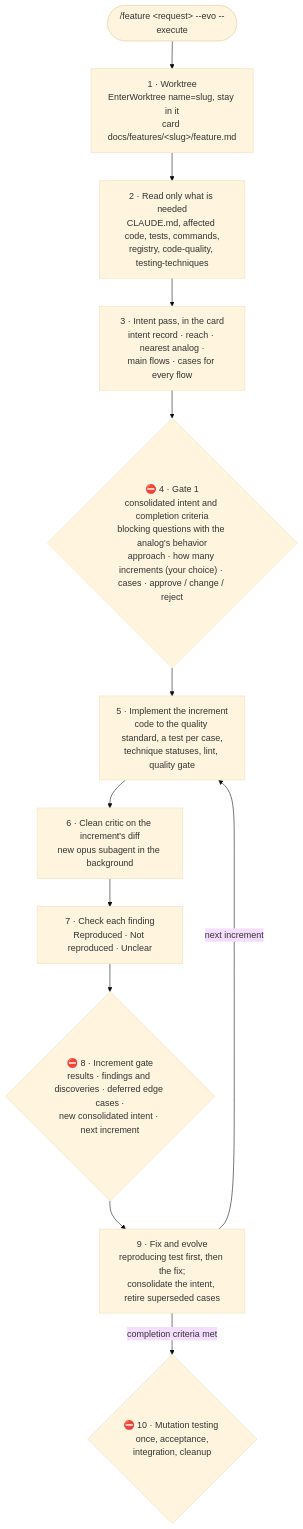
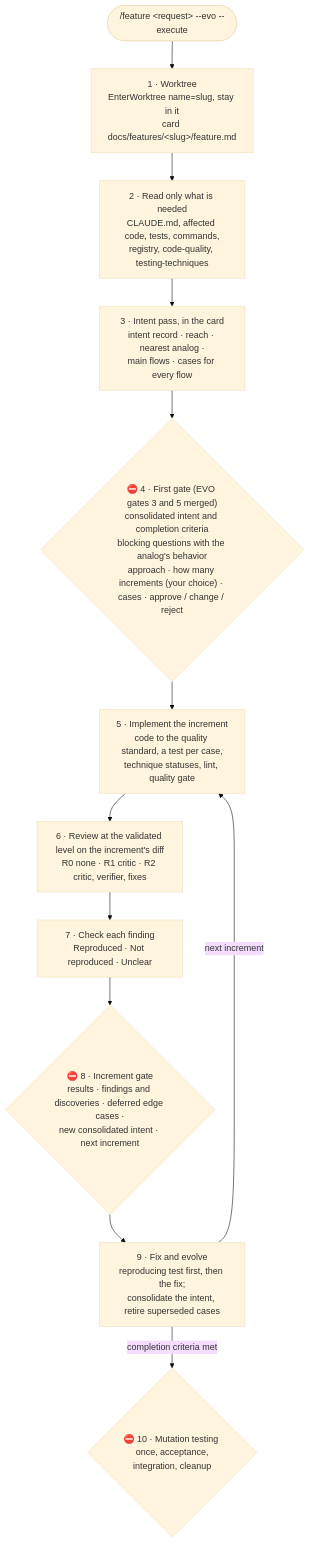
Before and after one commit to mariopedemonte12/claude-feature-workflow: the diagram in docs/executor.md, drawn with Mermaid (base theme). The commit also changed other lines of this file and 2 other files, not shown here.

Commit message:
revision-general: increment 3, README and docs aligned with skills

````diff
--- a/docs/executor.md
+++ b/docs/executor.md
@@ -24,14 +24,14 @@
 ```mermaid
 flowchart TB
     R(["/feature &lt;request&gt; --evo --execute"]) --> W["1 · Worktree<br/>EnterWorktree name=slug, stay in it<br/>card docs/features/&lt;slug&gt;/feature.md"]
     W --> RD["2 · Read only what is needed<br/>CLAUDE.md, affected code, tests, commands,<br/>registry, code-quality, testing-techniques"]
     RD --> SP["3 · Intent pass, in the card<br/>intent record · reach · nearest analog ·<br/>main flows · cases for every flow"]
-    SP --> G1{"⛔ 4 · Gate 1<br/>consolidated intent and completion criteria<br/>blocking questions with the analog's behavior<br/>approach · how many increments (your choice) · cases · approve / change / reject"}
+    SP --> G1{"⛔ 4 · First gate (EVO gates 3 and 5 merged)<br/>consolidated intent and completion criteria<br/>blocking questions with the analog's behavior<br/>approach · how many increments (your choice) · cases · approve / change / reject"}
     G1 --> IM["5 · Implement the increment<br/>code to the quality standard, a test per case,<br/>technique statuses, lint, quality gate"]
-    IM --> CR["6 · Clean critic on the increment's diff<br/>new opus subagent in the background"]
+    IM --> CR["6 · Review at the validated level on the increment's diff<br/>R0 none · R1 critic · R2 critic, verifier, fixes"]
     CR --> CK["7 · Check each finding<br/>Reproduced · Not reproduced · Unclear"]
     CK --> G2{"⛔ 8 · Increment gate<br/>results · findings and discoveries · deferred edge cases ·<br/>new consolidated intent · next increment"}
     G2 --> FX["9 · Fix and evolve<br/>reproducing test first, then the fix;<br/>consolidate the intent, retire superseded cases"]
     FX -->|"next increment"| IM
     FX -->|"completion criteria met"| G3{"⛔ 10 · Mutation testing once, acceptance,<br/>integration, cleanup"}
 ```
````
